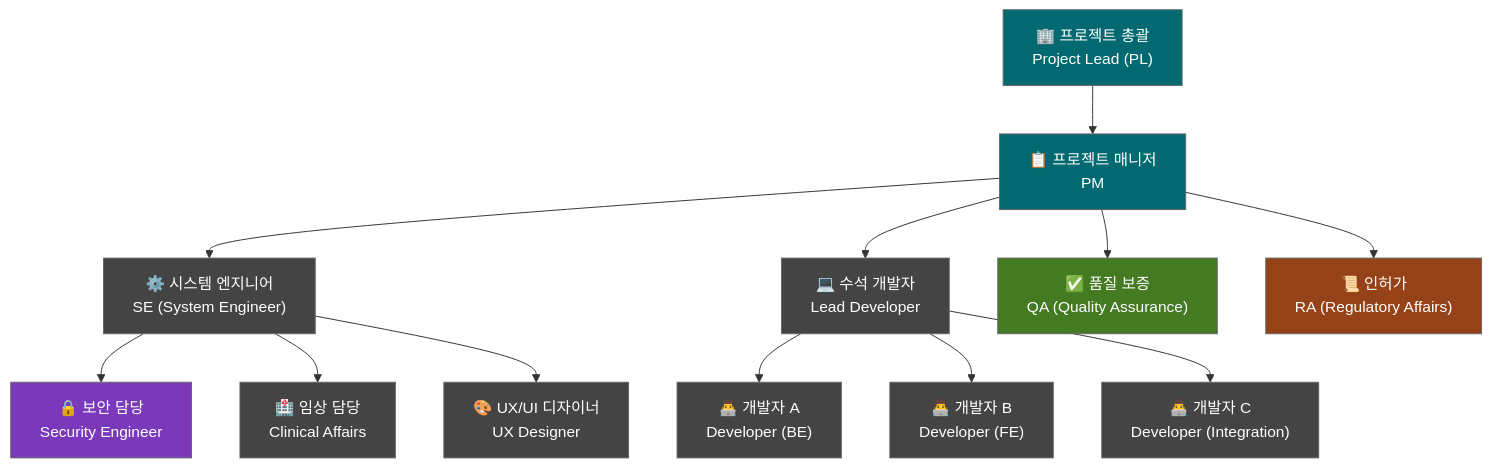
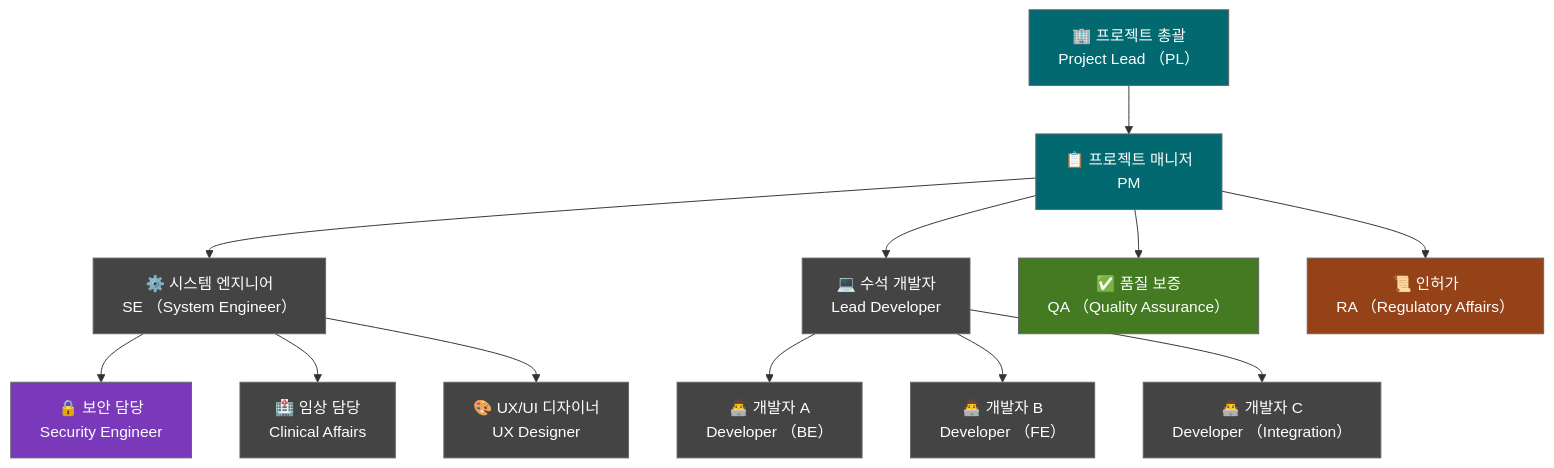
Before and after one commit to holee9/console-gui: the first of 15 diagrams in docs/management/DOC-003a_SW_Development_Procedure_v1.0.md, drawn with Mermaid. The commit also changed other lines of this file and 22 other files, not shown here.

First line of the commit message:
fix: Mermaid flowchart 노드 내 괄호 파싱 오류 전면 수정

````diff
--- a/docs/management/DOC-003a_SW_Development_Procedure_v1.0.md
+++ b/docs/management/DOC-003a_SW_Development_Procedure_v1.0.md
@@ -173,31 +173,31 @@
 ```mermaid
 graph TD
     classDef default fill:#444,stroke:#666,color:#fff
-    PL["🏢 프로젝트 총괄<br/>Project Lead (PL)"]
+    PL["🏢 프로젝트 총괄<br/>Project Lead （PL）"]
     PM["📋 프로젝트 매니저<br/>PM"]
-    SE["⚙️ 시스템 엔지니어<br/>SE (System Engineer)"]
+    SE["⚙️ 시스템 엔지니어<br/>SE （System Engineer）"]
     LD["💻 수석 개발자<br/>Lead Developer"]
-    QA["✅ 품질 보증<br/>QA (Quality Assurance)"]
-    RA["📜 인허가<br/>RA (Regulatory Affairs)"]
+    QA["✅ 품질 보증<br/>QA （Quality Assurance）"]
+    RA["📜 인허가<br/>RA （Regulatory Affairs）"]
     SEC["🔒 보안 담당<br/>Security Engineer"]
     CLI["🏥 임상 담당<br/>Clinical Affairs"]
     UX["🎨 UX/UI 디자이너<br/>UX Designer"]
 
     PL --> PM
     PM --> SE
     PM --> LD
     PM --> QA
     PM --> RA
-    LD --> DEV1["👨‍💻 개발자 A<br/>Developer (BE)"]
-    LD --> DEV2["👨‍💻 개발자 B<br/>Developer (FE)"]
-    LD --> DEV3["👨‍💻 개발자 C<br/>Developer (Integration)"]
+    LD --> DEV1["👨‍💻 개발자 A<br/>Developer （BE）"]
+    LD --> DEV2["👨‍💻 개발자 B<br/>Developer （FE）"]
+    LD --> DEV3["👨‍💻 개발자 C<br/>Developer （Integration）"]
     SE --> SEC
     SE --> CLI
     SE --> UX
 
     style PL fill:#01696F,color:#fff
     style PM fill:#01696F,color:#fff
     style QA fill:#437A22,color:#fff
     style RA fill:#964219,color:#fff
     style SEC fill:#7A39BB,color:#fff
 ```
````
